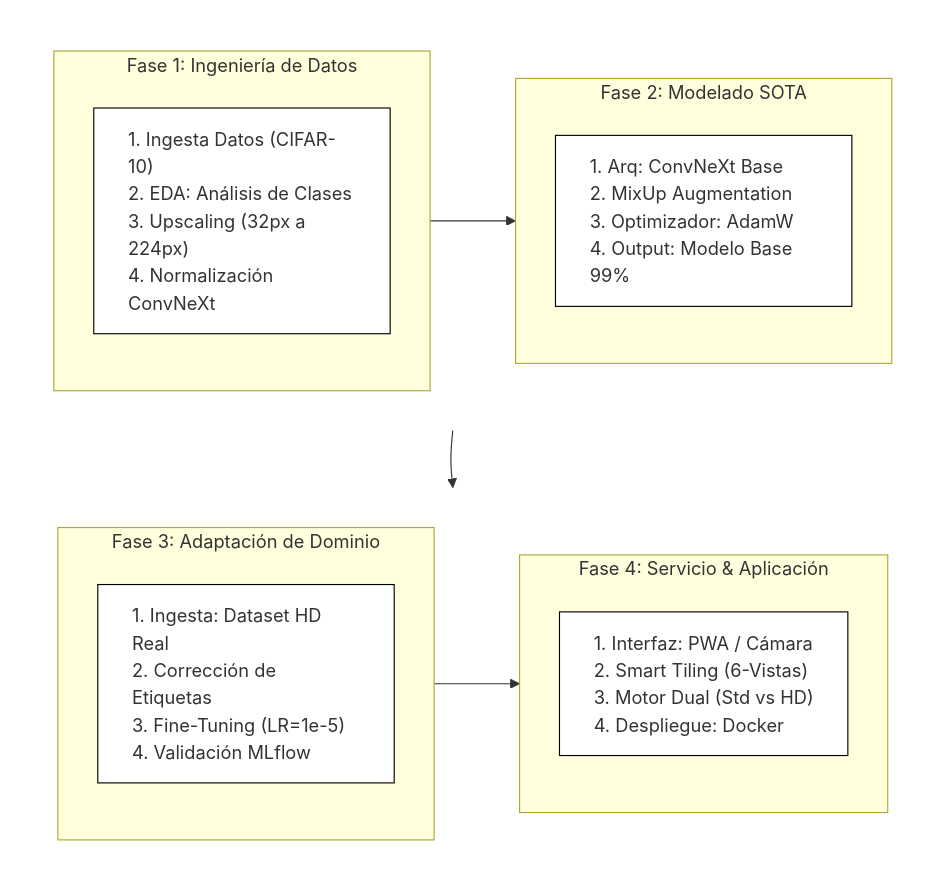
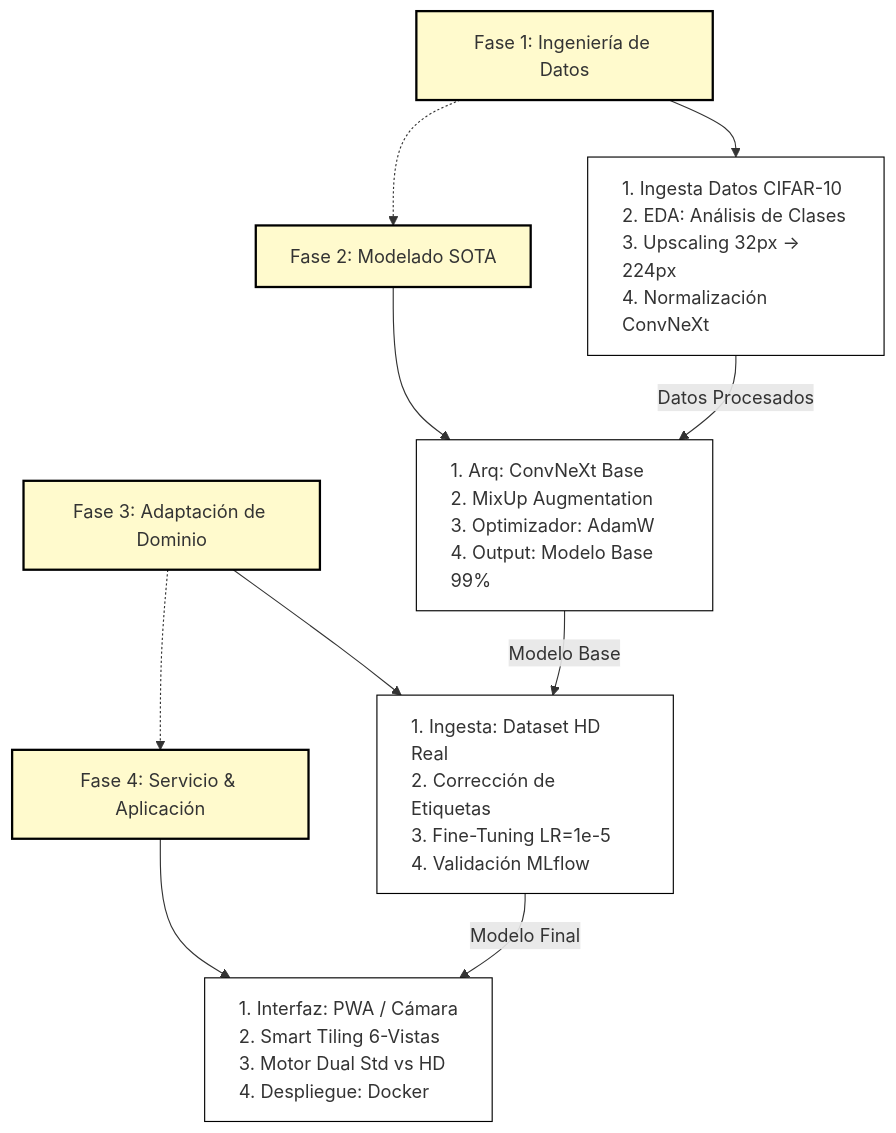
One commit to elsebasdev1/model_multilabel changed the diagram in README.md. Above: the diagram before and after it, drawn with Mermaid.

Commit message:
Update Mermaid diagram in README.md

````diff
--- a/README.md
+++ b/README.md
@@ -24,46 +24,33 @@
 ```mermaid
-flowchart TD
+graph TB
     %% --- ESTILOS ---
-    classDef content fill:#fff,stroke:#000,stroke-width:1px,text-align:left;
+    classDef phaseStyle fill:#FFFACD,stroke:#000,stroke-width:2px
+    classDef contentStyle fill:#fff,stroke:#000,stroke-width:1px,text-align:left
     
-    %% --- FILA 1: SUPERIOR ---
-    subgraph ROW1 [" "]
-        direction LR
-        style ROW1 fill:none,stroke:none
-        
-        subgraph P1 ["Fase 1: Ingeniería de Datos"]
-            direction TB
-            N1["1. Ingesta Datos (CIFAR-10)<br/>2. EDA: Análisis de Clases<br/>3. Upscaling (32px a 224px)<br/>4. Normalización ConvNeXt"]:::content
-        end
-        
-        subgraph P2 ["Fase 2: Modelado SOTA"]
-            direction TB
-            N2["1. Arq: ConvNeXt Base<br/>2. MixUp Augmentation<br/>3. Optimizador: AdamW<br/>4. Output: Modelo Base 99%"]:::content
-        end
-    end
+    %% --- FASES (cajas externas) ---
+    P1["Fase 1: Ingeniería de Datos"]:::phaseStyle
+    P2["Fase 2: Modelado SOTA"]:::phaseStyle
+    P3["Fase 3: Adaptación de Dominio"]:::phaseStyle
+    P4["Fase 4: Servicio & Aplicación"]:::phaseStyle
     
-    %% --- FILA 2: INFERIOR ---
-    subgraph ROW2 [" "]
-        direction LR
-        style ROW2 fill:none,stroke:none
-        
-        subgraph P3 ["Fase 3: Adaptación de Dominio"]
-            direction TB
-            N3["1. Ingesta: Dataset HD Real<br/>2. Corrección de Etiquetas<br/>3. Fine-Tuning (LR=1e-5)<br/>4. Validación MLflow"]:::content
-        end
-        
-        subgraph P4 ["Fase 4: Servicio & Aplicación"]
-            direction TB
-            N4["1. Interfaz: PWA / Cámara<br/>2. Smart Tiling (6-Vistas)<br/>3. Motor Dual (Std vs HD)<br/>4. Despliegue: Docker"]:::content
-        end
-    end
+    %% --- CONTENIDO (cajas internas) ---
+    N1["1. Ingesta Datos CIFAR-10<br/>2. EDA: Análisis de Clases<br/>3. Upscaling 32px → 224px<br/>4. Normalización ConvNeXt"]:::contentStyle
+    N2["1. Arq: ConvNeXt Base<br/>2. MixUp Augmentation<br/>3. Optimizador: AdamW<br/>4. Output: Modelo Base 99%"]:::contentStyle
+    N3["1. Ingesta: Dataset HD Real<br/>2. Corrección de Etiquetas<br/>3. Fine-Tuning LR=1e-5<br/>4. Validación MLflow"]:::contentStyle
+    N4["1. Interfaz: PWA / Cámara<br/>2. Smart Tiling 6-Vistas<br/>3. Motor Dual Std vs HD<br/>4. Despliegue: Docker"]:::contentStyle
     
-    %% --- CONEXIONES (Flujo en Z) ---
-    N1 --> N2
-    N2 --> N3
-    N3 --> N4
+    %% --- ESTRUCTURA 2x2 ---
+    P1 --> N1
+    P2 --> N2
+    P3 --> N3
+    P4 --> N4
     
-    %% --- ALINEACIÓN VERTICAL ---
-    P1 ~~~ P3
-    P2 ~~~ P4
+    %% --- CONEXIONES DE FLUJO ---
+    N1 -->|Datos Procesados| N2
+    N2 -->|Modelo Base| N3
+    N3 -->|Modelo Final| N4
+    
+    %% --- FORZAR DISPOSICIÓN HORIZONTAL ---
+    P1 -.-> P2
+    P3 -.-> P4
 ```
````
